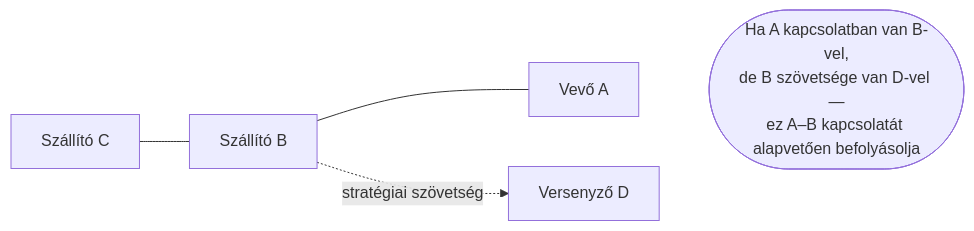
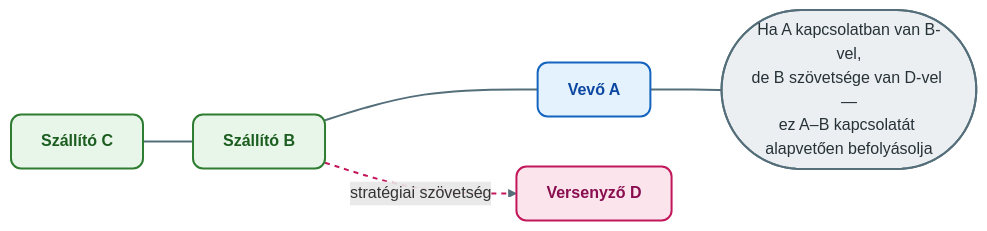
Before and after one commit to denespocsik/MM_BSC_Zarovizsga: the third of 4 diagrams in Tételek/V17-GMXVU2MBLF-Üzleti hálózatok kölcsönhatásait befolyásoló tényezők.tétel.md, drawn with Mermaid. The commit also changed other lines of this file and 34 other files, not shown here.

First line of the commit message:
style(tételek): egységes vizuális arculat a Mermaid-diagramokhoz

````diff
--- a/Tételek/V17-GMXVU2MBLF-Üzleti hálózatok kölcsönhatásait befolyásoló tényezők.tétel.md
+++ b/Tételek/V17-GMXVU2MBLF-Üzleti hálózatok kölcsönhatásait befolyásoló tényezők.tétel.md
@@ -74,9 +94,17 @@
 ```mermaid
 graph LR
-    SC["Szállító C"] --- SB["Szállító B"]
-    SB --- VA["Vevő A"]
-    SB -. "stratégiai szövetség" .-> VD["Versenyző D"]
+    SC["<b>Szállító C</b>"]:::zold --- SB["<b>Szállító B</b>"]:::zold
+    SB --- VA["<b>Vevő A</b>"]:::kek
+    SB -. "stratégiai szövetség" .-> VD["<b>Versenyző D</b>"]:::rozsa
 
-    NOTE(["Ha A kapcsolatban van B-vel,\nde B szövetsége van D-vel —\nez A–B kapcsolatát alapvetően befolyásolja"])
+    NOTE(["Ha A kapcsolatban van B-vel,<br/>de B szövetsége van D-vel —<br/>ez A–B kapcsolatát alapvetően befolyásolja"]):::szurke
     VA ~~~ NOTE
+
+    classDef kek    fill:#e3f2fd,stroke:#1565c0,stroke-width:2px,color:#0d47a1,rx:10,ry:10;
+    classDef zold   fill:#e8f5e9,stroke:#2e7d32,stroke-width:2px,color:#1b5e20,rx:10,ry:10;
+    classDef rozsa  fill:#fce4ec,stroke:#c2185b,stroke-width:2px,color:#880e4f,rx:10,ry:10;
+    classDef szurke fill:#eceff1,stroke:#546e7a,stroke-width:2px,color:#263238,rx:10,ry:10;
+
+    linkStyle default stroke:#546e7a,stroke-width:2px;
+    linkStyle 2 stroke:#c2185b,stroke-width:2px,stroke-dasharray: 5 5;
 ```
````
